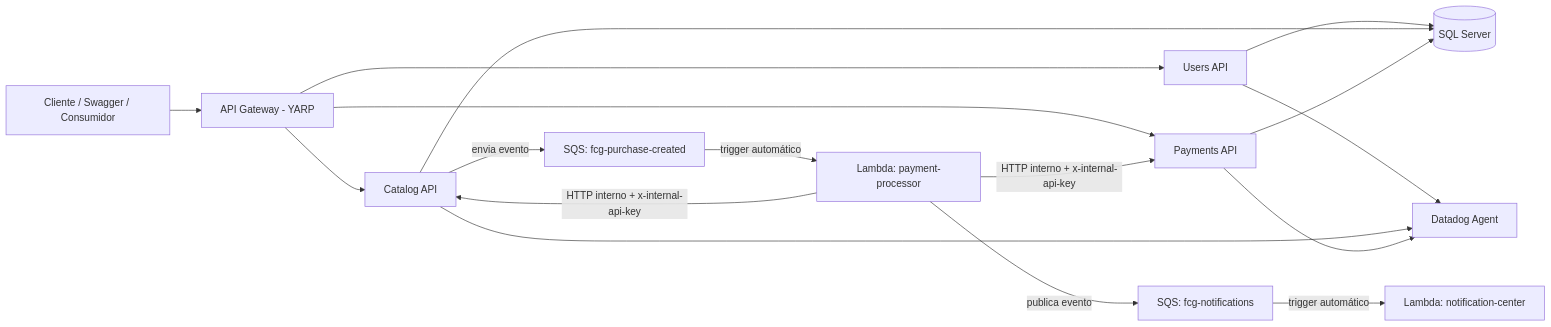
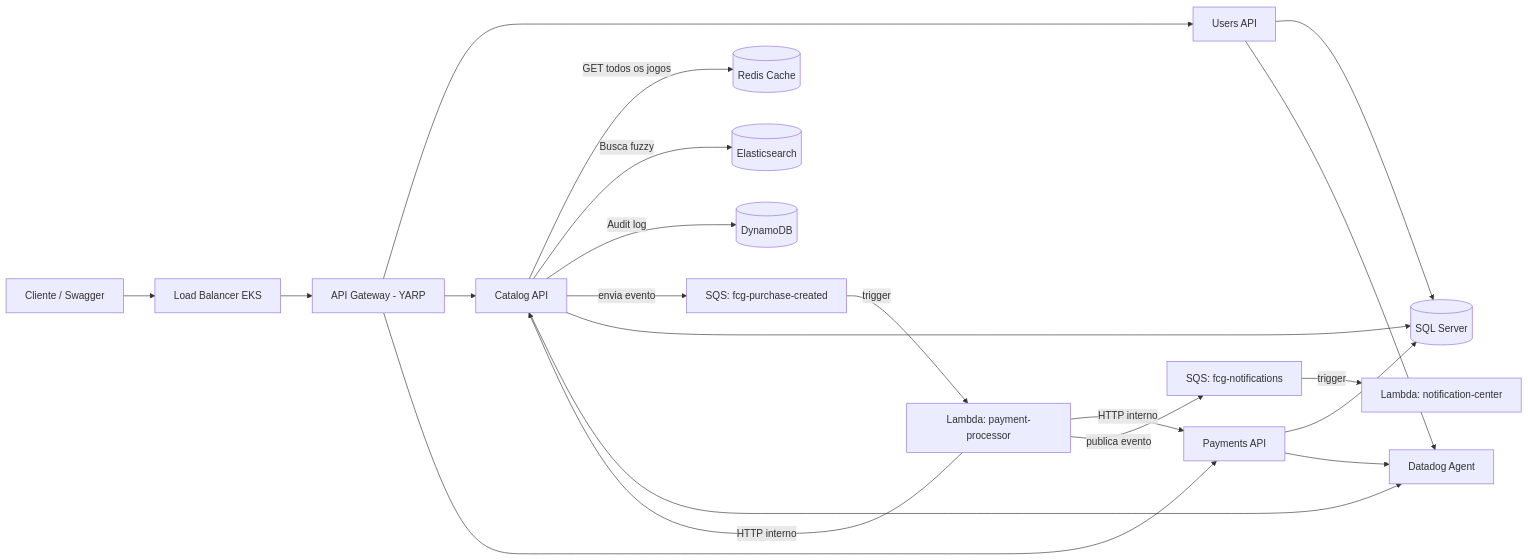
One commit to mlrneves/fiap-fase4 changed the first of 2 diagrams in README.md. Above: the diagram before and after it, drawn with Mermaid. The commit also changed other lines of this file and 201 other files, not shown here.

````diff
--- a/README.md
+++ b/README.md
@@ -146,24 +176,27 @@
 ```mermaid
 flowchart LR
-    Client[Cliente / Swagger / Consumidor] --> Gateway[API Gateway - YARP]
+    Client[Cliente / Swagger] --> LB[Load Balancer EKS]
+    LB --> Gateway[API Gateway - YARP]
     Gateway --> Users[Users API]
     Gateway --> Catalog[Catalog API]
     Gateway --> Payments[Payments API]
 
+    Catalog -->|GET todos os jogos| Redis[(Redis Cache)]
+    Catalog -->|Busca fuzzy| ES[(Elasticsearch)]
+    Catalog -->|Audit log| DDB[(DynamoDB)]
+
     Catalog -->|envia evento| SQS1[SQS: fcg-purchase-created]
-    SQS1 -->|trigger automático| LambdaPay[Lambda: payment-processor]
-
-    LambdaPay -->|HTTP interno + x-internal-api-key| Payments
-    LambdaPay -->|HTTP interno + x-internal-api-key| Catalog
-
+    SQS1 -->|trigger| LambdaPay[Lambda: payment-processor]
+    LambdaPay -->|HTTP interno| Payments
+    LambdaPay -->|HTTP interno| Catalog
     LambdaPay -->|publica evento| SQS2[SQS: fcg-notifications]
-    SQS2 -->|trigger automático| LambdaNotif[Lambda: notification-center]
+    SQS2 -->|trigger| LambdaNotif[Lambda: notification-center]
 
     Users --> SQL[(SQL Server)]
     Catalog --> SQL
     Payments --> SQL
 
     Users --> DD[Datadog Agent]
     Catalog --> DD
     Payments --> DD
 ```
````
